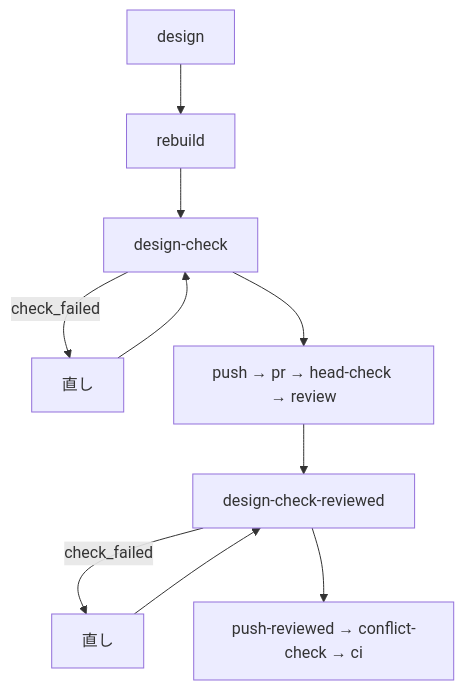
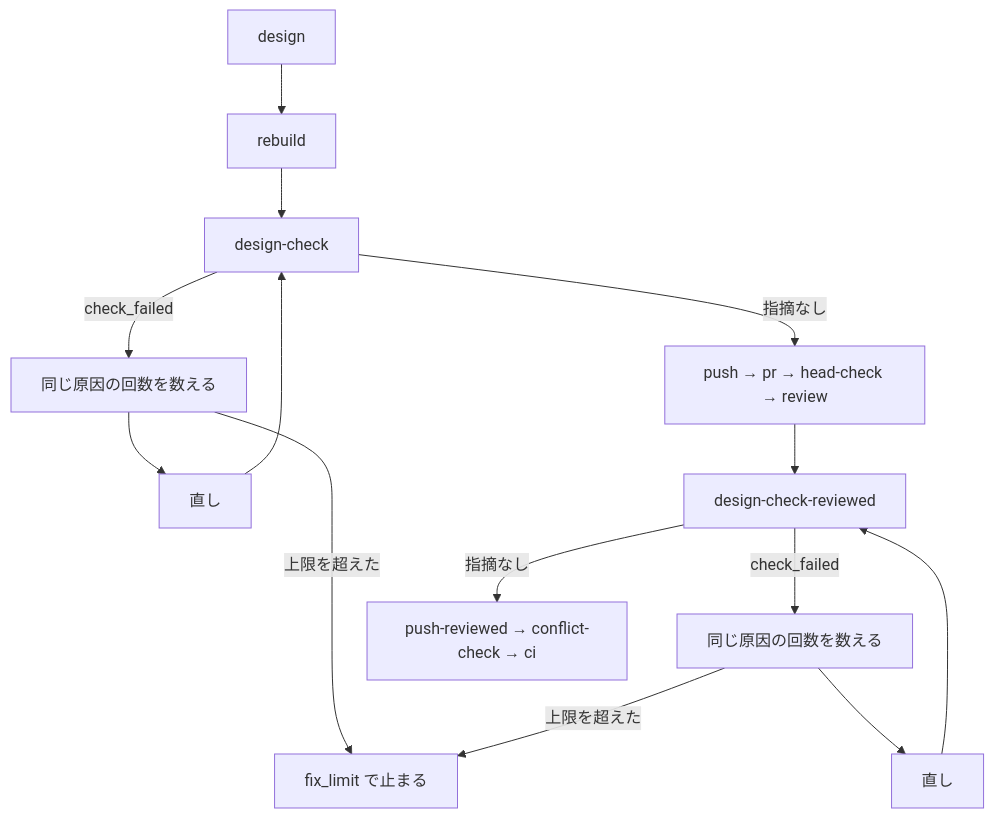
Before and after one commit to devbasex/ai-plugins: the third of 3 diagrams in issues/issue-2912-design.md, drawn with Mermaid. The commit also changed other lines of this file and 1 other file, not shown here.

````diff
--- a/issues/issue-2912-design.md
+++ b/issues/issue-2912-design.md
@@ -112,9 +146,11 @@
 ```mermaid
 graph TD
     d["design"] --> r["rebuild"] --> c1["design-check"]
-    c1 -->|"check_failed"| f1["直し"] --> c1
-    c1 --> p["push → pr → head-check → review"]
+    c1 -->|"check_failed"| n1["同じ原因の回数を数える"] --> f1["直し"] --> c1
+    n1 -->|"上限を超えた"| s["fix_limit で止まる"]
+    c1 -->|"指摘なし"| p["push → pr → head-check → review"]
     p --> c2["design-check-reviewed"]
-    c2 -->|"check_failed"| f2["直し"] --> c2
-    c2 --> q["push-reviewed → conflict-check → ci"]
+    c2 -->|"check_failed"| n2["同じ原因の回数を数える"] --> f2["直し"] --> c2
+    n2 -->|"上限を超えた"| s
+    c2 -->|"指摘なし"| q["push-reviewed → conflict-check → ci"]
 ```
````
